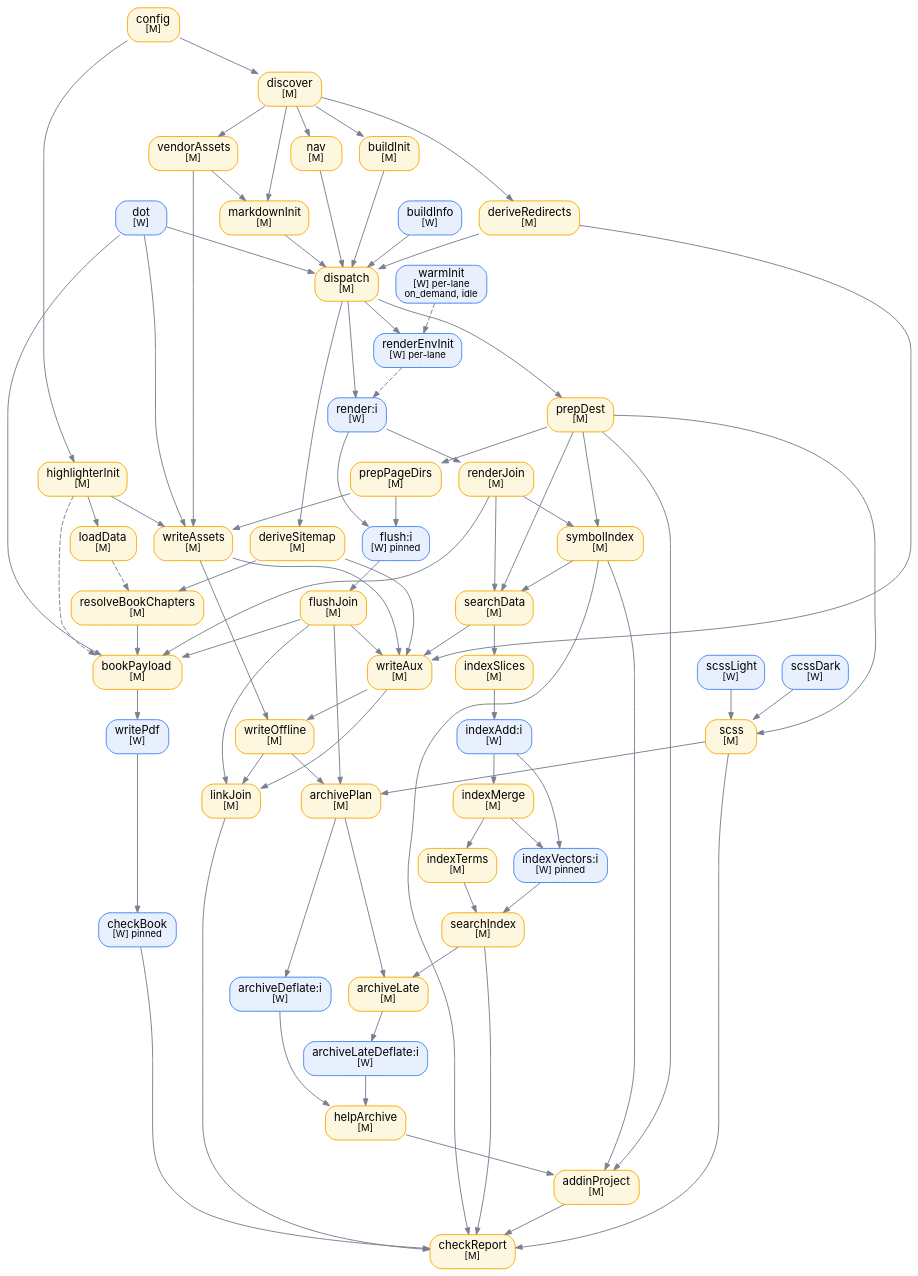
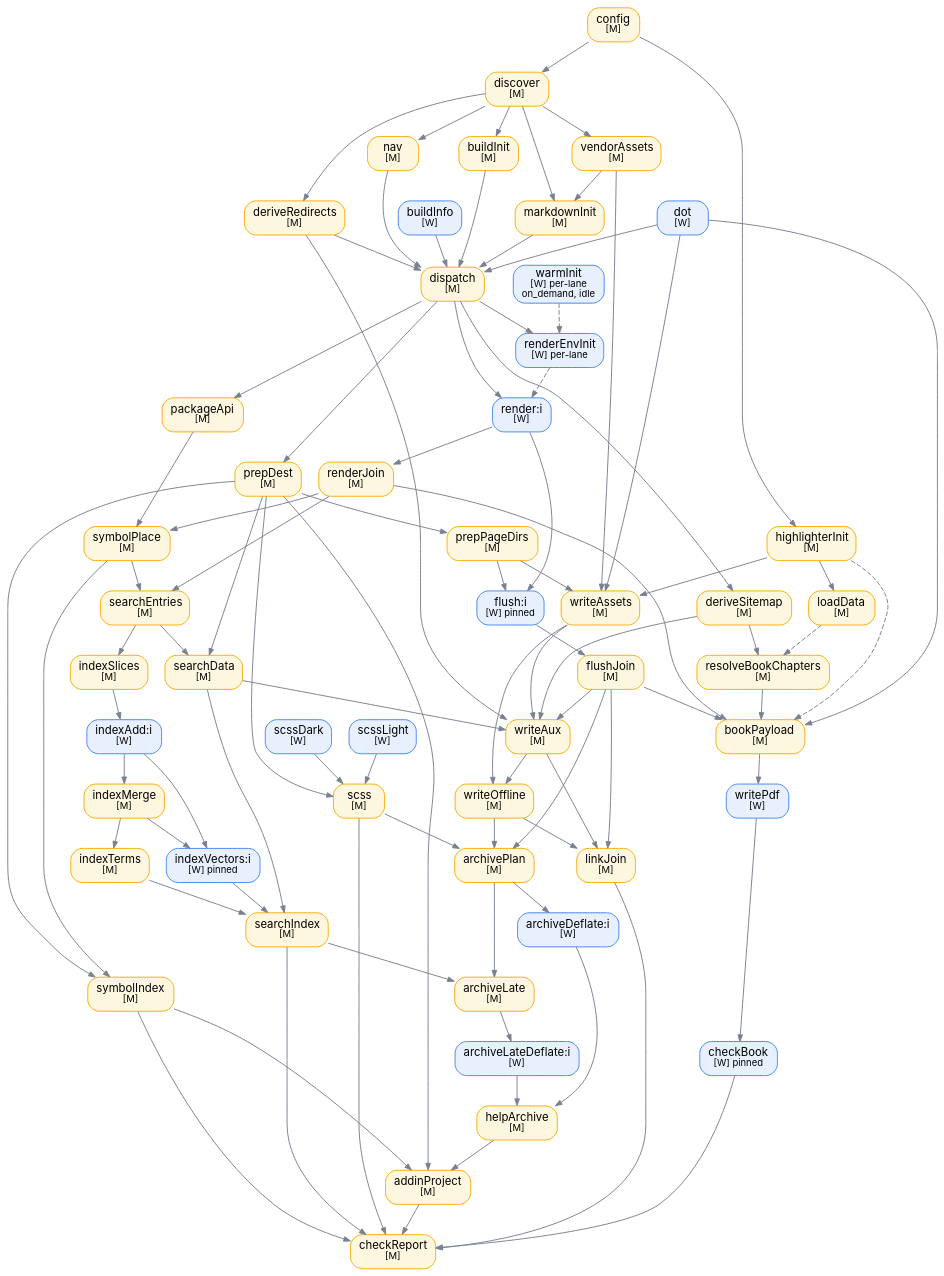
The diagram in docs/assets/images/dot/scheduler-dag.dot (twinbasic/documentation), drawn with Graphviz before and after one commit. The commit also changed 7 other files, not shown here.

Commit message:
docs: packageApi, symbolPlace and searchEntries, the packed search entries, and what the lanes wait for after the last render chunk

```diff
--- a/docs/assets/images/dot/scheduler-dag.dot
+++ b/docs/assets/images/dot/scheduler-dag.dot
@@ -1,188 +1,198 @@
 // Task DAG of the SAB pull scheduler. See docs/Documentation/Builder.md.
 
 digraph scheduler {
     rankdir=TB
     bgcolor="transparent"
     nodesep=0.25
     ranksep=0.45
     splines=true
 
     node [
         shape=box
         style="rounded,filled"
         fontname="Inter,system-ui,-apple-system,Segoe UI,sans-serif"
         fontsize=12
         margin="0.12,0.06"
     ]
     edge [
         color="#7a8090"
         fontname="Inter,system-ui,-apple-system,Segoe UI,sans-serif"
         fontsize=10
         arrowsize=0.7
     ]
     graph [
         margin=0
     ]
 
     // ── Colour scheme ───────────────────────────────────────────────────
     // [M] main thread → fef7e0 fill / f9ab00 stroke
     // [W] worker      → e8f0fe fill / 4285f4 stroke
 
     // ── Nodes ───────────────────────────────────────────────────────────
 
     CF  [label=<config<BR/><FONT POINT-SIZE="10">[M]</FONT>>,             fillcolor="#fef7e0", color="#f9ab00"]
     BI  [label=<buildInfo<BR/><FONT POINT-SIZE="10">[W]</FONT>>,          fillcolor="#e8f0fe", color="#4285f4"]
     SL  [label=<scssLight<BR/><FONT POINT-SIZE="10">[W]</FONT>>,          fillcolor="#e8f0fe", color="#4285f4"]
     SD  [label=<scssDark<BR/><FONT POINT-SIZE="10">[W]</FONT>>,           fillcolor="#e8f0fe", color="#4285f4"]
     HI  [label=<highlighterInit<BR/><FONT POINT-SIZE="10">[M]</FONT>>,    fillcolor="#fef7e0", color="#f9ab00"]
     LD  [label=<loadData<BR/><FONT POINT-SIZE="10">[M]</FONT>>,           fillcolor="#fef7e0", color="#f9ab00"]
     WI  [label=<warmInit<BR/><FONT POINT-SIZE="10">[W] per-lane<BR/>on_demand, idle</FONT>>, fillcolor="#e8f0fe", color="#4285f4"]
 
     DI  [label=<discover<BR/><FONT POINT-SIZE="10">[M]</FONT>>,           fillcolor="#fef7e0", color="#f9ab00"]
     VA  [label=<vendorAssets<BR/><FONT POINT-SIZE="10">[M]</FONT>>,       fillcolor="#fef7e0", color="#f9ab00"]
     NV  [label=<nav<BR/><FONT POINT-SIZE="10">[M]</FONT>>,                fillcolor="#fef7e0", color="#f9ab00"]
     BU  [label=<buildInit<BR/><FONT POINT-SIZE="10">[M]</FONT>>,          fillcolor="#fef7e0", color="#f9ab00"]
     MI  [label=<markdownInit<BR/><FONT POINT-SIZE="10">[M]</FONT>>,       fillcolor="#fef7e0", color="#f9ab00"]
     DR  [label=<deriveRedirects<BR/><FONT POINT-SIZE="10">[M]</FONT>>,    fillcolor="#fef7e0", color="#f9ab00"]
     DT  [label=<dot<BR/><FONT POINT-SIZE="10">[W]</FONT>>,                fillcolor="#e8f0fe", color="#4285f4"]
     DSi [label=<deriveSitemap<BR/><FONT POINT-SIZE="10">[M]</FONT>>,      fillcolor="#fef7e0", color="#f9ab00"]
     RBC [label=<resolveBookChapters<BR/><FONT POINT-SIZE="10">[M]</FONT>>, fillcolor="#fef7e0", color="#f9ab00"]
 
     DP  [label=<dispatch<BR/><FONT POINT-SIZE="10">[M]</FONT>>,           fillcolor="#fef7e0", color="#f9ab00"]
     PD  [label=<prepDest<BR/><FONT POINT-SIZE="10">[M]</FONT>>,           fillcolor="#fef7e0", color="#f9ab00"]
     PPD [label=<prepPageDirs<BR/><FONT POINT-SIZE="10">[M]</FONT>>,       fillcolor="#fef7e0", color="#f9ab00"]
     REI [label=<renderEnvInit<BR/><FONT POINT-SIZE="10">[W] per-lane</FONT>>, fillcolor="#e8f0fe", color="#4285f4"]
     Ri  [label=<render:i<BR/><FONT POINT-SIZE="10">[W]</FONT>>,           fillcolor="#e8f0fe", color="#4285f4"]
     RJ  [label=<renderJoin<BR/><FONT POINT-SIZE="10">[M]</FONT>>,         fillcolor="#fef7e0", color="#f9ab00"]
 
     SCSS [label=<scss<BR/><FONT POINT-SIZE="10">[M]</FONT>>,              fillcolor="#fef7e0", color="#f9ab00"]
     Fi   [label=<flush:i<BR/><FONT POINT-SIZE="10">[W] pinned</FONT>>,    fillcolor="#e8f0fe", color="#4285f4"]
     FJ   [label=<flushJoin<BR/><FONT POINT-SIZE="10">[M]</FONT>>,         fillcolor="#fef7e0", color="#f9ab00"]
     WA   [label=<writeAssets<BR/><FONT POINT-SIZE="10">[M]</FONT>>,       fillcolor="#fef7e0", color="#f9ab00"]
+    PA   [label=<packageApi<BR/><FONT POINT-SIZE="10">[M]</FONT>>,        fillcolor="#fef7e0", color="#f9ab00"]
+    SP   [label=<symbolPlace<BR/><FONT POINT-SIZE="10">[M]</FONT>>,       fillcolor="#fef7e0", color="#f9ab00"]
+    SE   [label=<searchEntries<BR/><FONT POINT-SIZE="10">[M]</FONT>>,     fillcolor="#fef7e0", color="#f9ab00"]
     SDt  [label=<searchData<BR/><FONT POINT-SIZE="10">[M]</FONT>>,        fillcolor="#fef7e0", color="#f9ab00"]
     SYM  [label=<symbolIndex<BR/><FONT POINT-SIZE="10">[M]</FONT>>,       fillcolor="#fef7e0", color="#f9ab00"]
     AP   [label=<addinProject<BR/><FONT POINT-SIZE="10">[M]</FONT>>,      fillcolor="#fef7e0", color="#f9ab00"]
     WX  [label=<writeAux<BR/><FONT POINT-SIZE="10">[M]</FONT>>,          fillcolor="#fef7e0", color="#f9ab00"]
     WO   [label=<writeOffline<BR/><FONT POINT-SIZE="10">[M]</FONT>>,      fillcolor="#fef7e0", color="#f9ab00"]
     IS   [label=<indexSlices<BR/><FONT POINT-SIZE="10">[M]</FONT>>,       fillcolor="#fef7e0", color="#f9ab00"]
     IAi  [label=<indexAdd:i<BR/><FONT POINT-SIZE="10">[W]</FONT>>,        fillcolor="#e8f0fe", color="#4285f4"]
     IM   [label=<indexMerge<BR/><FONT POINT-SIZE="10">[M]</FONT>>,        fillcolor="#fef7e0", color="#f9ab00"]
     IT   [label=<indexTerms<BR/><FONT POINT-SIZE="10">[M]</FONT>>,        fillcolor="#fef7e0", color="#f9ab00"]
     IVi  [label=<indexVectors:i<BR/><FONT POINT-SIZE="10">[W] pinned</FONT>>, fillcolor="#e8f0fe", color="#4285f4"]
     SI   [label=<searchIndex<BR/><FONT POINT-SIZE="10">[M]</FONT>>,       fillcolor="#fef7e0", color="#f9ab00"]
     APl  [label=<archivePlan<BR/><FONT POINT-SIZE="10">[M]</FONT>>,       fillcolor="#fef7e0", color="#f9ab00"]
     ADi  [label=<archiveDeflate:i<BR/><FONT POINT-SIZE="10">[W]</FONT>>,  fillcolor="#e8f0fe", color="#4285f4"]
     AL   [label=<archiveLate<BR/><FONT POINT-SIZE="10">[M]</FONT>>,       fillcolor="#fef7e0", color="#f9ab00"]
     ALi  [label=<archiveLateDeflate:i<BR/><FONT POINT-SIZE="10">[W]</FONT>>, fillcolor="#e8f0fe", color="#4285f4"]
     HA   [label=<helpArchive<BR/><FONT POINT-SIZE="10">[M]</FONT>>,       fillcolor="#fef7e0", color="#f9ab00"]
     BP   [label=<bookPayload<BR/><FONT POINT-SIZE="10">[M]</FONT>>,       fillcolor="#fef7e0", color="#f9ab00"]
     WP   [label=<writePdf<BR/><FONT POINT-SIZE="10">[W]</FONT>>,          fillcolor="#e8f0fe", color="#4285f4"]
 
     LJ   [label=<linkJoin<BR/><FONT POINT-SIZE="10">[M]</FONT>>,          fillcolor="#fef7e0", color="#f9ab00"]
     CB   [label=<checkBook<BR/><FONT POINT-SIZE="10">[W] pinned</FONT>>,  fillcolor="#e8f0fe", color="#4285f4"]
     CR   [label=<checkReport<BR/><FONT POINT-SIZE="10">[M]</FONT>>,       fillcolor="#fef7e0", color="#f9ab00"]
 
     // ── Edges ───────────────────────────────────────────────────────────
 
     CF -> DI
     CF -> HI
     HI -> LD
     DI -> NV
     DI -> BU
     DI -> MI
     DI -> DR
     DI -> VA
     VA -> MI
 
     NV -> DP
     BU -> DP
     BI -> DP
     DT -> DP
     DR -> DP
     MI -> DP
 
     DP -> PD
     DP -> DSi
     DP -> REI
     DP -> Ri
 
     PD -> PPD
     PD -> SCSS
     SL -> SCSS
     SD -> SCSS
 
     DSi -> RBC
     LD  -> RBC [style=dashed]
 
     WI  -> REI [style=dashed]
     REI -> Ri  [style=dashed]
 
     Ri  -> Fi
     Ri  -> RJ
     PPD -> Fi
     Fi  -> FJ
 
     DT  -> WA
     PPD -> WA
     HI  -> WA
     VA  -> WA
 
-    RJ -> SDt
+    DP -> PA
+    PA -> SP
+    RJ -> SP
+
+    RJ -> SE
+    SP -> SE
+
+    SE -> SDt
     PD -> SDt
 
-    RJ -> SYM
+    SP -> SYM
     PD -> SYM
-    SYM -> SDt
 
     SYM -> AP
     PD  -> AP
     HA  -> AP
 
     WA  -> WX
     SDt -> WX
     FJ  -> WX
     DR  -> WX
     DSi -> WX
 
     WX -> WO
     WA -> WO
 
-    SDt -> IS
+    SE  -> IS
     IS  -> IAi
     IAi -> IM
     IAi -> IVi
     IM  -> IT
     IM  -> IVi
     IT  -> SI
     IVi -> SI
+    SDt -> SI
 
     FJ   -> APl
     SCSS -> APl
     WO   -> APl
     APl  -> ADi
     APl  -> AL
     SI   -> AL
     AL   -> ALi
     ADi  -> HA
     ALi  -> HA
 
     FJ  -> BP
     RJ  -> BP
     DT  -> BP
     RBC -> BP
     HI  -> BP [style=dashed]
     BP  -> WP
 
     FJ -> LJ
     WX -> LJ
     WO -> LJ
 
     WP -> CB
 
     LJ   -> CR
     CB   -> CR
     SCSS -> CR
     SYM  -> CR
     SI   -> CR
     AP   -> CR
 }
```
